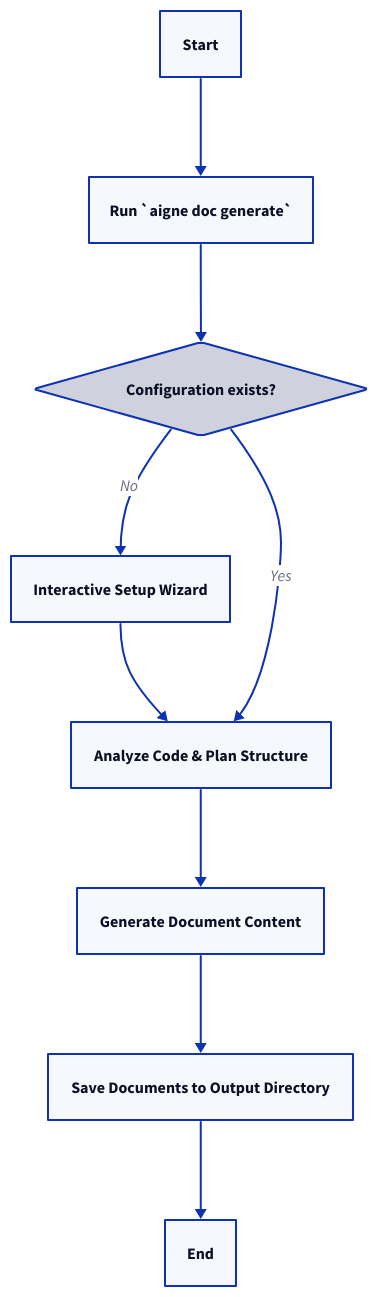
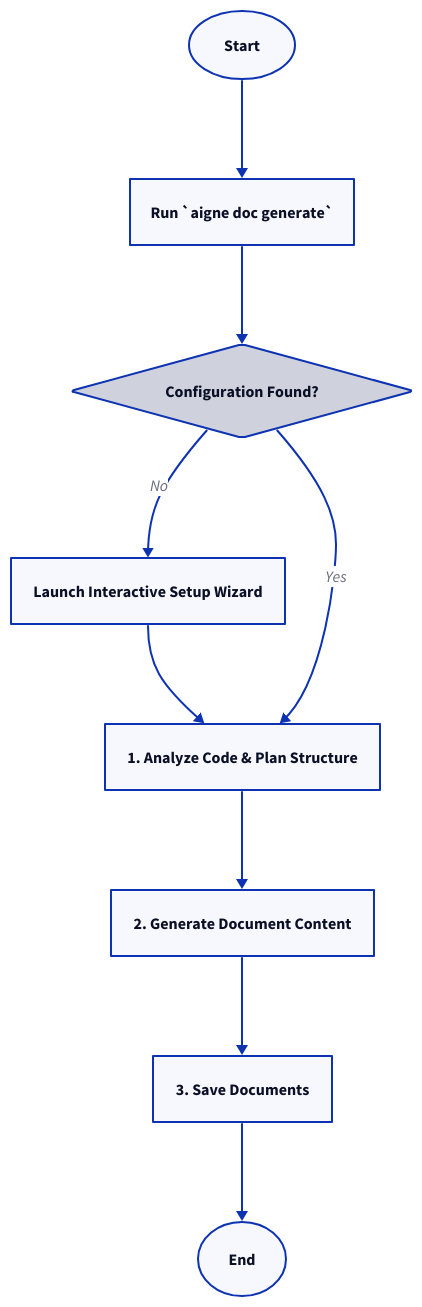
Before and after one commit to AIGNE-io/aigne-doc-smith: the diagram in docs/features-generate-documentation.md, drawn with D2. The commit also changed other lines of this file and 35 other files, not shown here.

````diff
--- a/docs/features-generate-documentation.md
+++ b/docs/features-generate-documentation.md
@@ -45,20 +45,44 @@
 ```d2
 direction: down
 
-start: "Start"
-run_cmd: "Run `aigne doc generate`"
-check_config: "Configuration exists?" {
+start: "Start" {
+  shape: oval
+}
+
+run_cmd: "Run `aigne doc generate`" {
+  shape: rectangle
+}
+
+check_config: "Configuration Found?" {
   shape: diamond
 }
-interactive_setup: "Interactive Setup Wizard"
-plan_structure: "Analyze Code & Plan Structure"
-gen_content: "Generate Document Content"
-save_docs: "Save Documents to Output Directory"
-end: "End"
 
-start -> run_cmd -> check_config
+interactive_setup: "Launch Interactive Setup Wizard" {
+  shape: rectangle
+}
+
+plan_structure: "1. Analyze Code & Plan Structure" {
+  shape: rectangle
+}
+
+gen_content: "2. Generate Document Content" {
+  shape: rectangle
+}
+
+save_docs: "3. Save Documents" {
+  shape: rectangle
+}
+
+end: "End" {
+  shape: oval
+}
+
+start -> run_cmd
+run_cmd -> check_config
 check_config -> interactive_setup: "No"
 interactive_setup -> plan_structure
 check_config -> plan_structure: "Yes"
-plan_structure -> gen_content -> save_docs -> end
+plan_structure -> gen_content
+gen_content -> save_docs
+save_docs -> end
 ```
````
